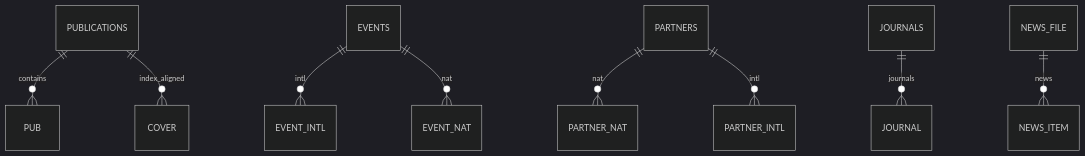
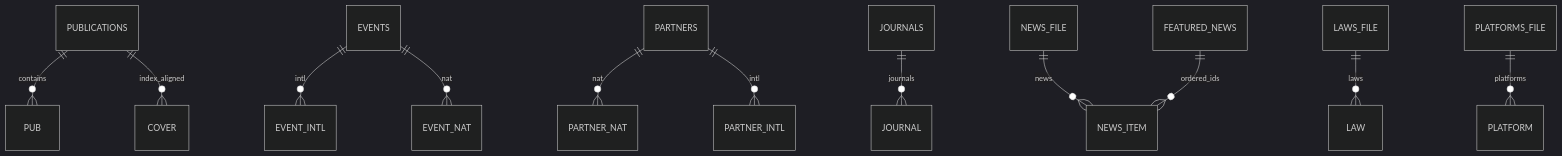
Before and after one commit to hc-medamine/CRSIC-2026: the second of 3 diagrams in README.md, drawn with Mermaid (dark theme). The commit also changed other lines of this file and 16 other files, not shown here.

````diff
--- a/README.md
+++ b/README.md
@@ -218,11 +230,14 @@
 ```mermaid
 erDiagram
   PUBLICATIONS ||--o{ PUB : contains
   PUBLICATIONS ||--o{ COVER : index_aligned
   EVENTS ||--o{ EVENT_INTL : intl
   EVENTS ||--o{ EVENT_NAT : nat
   PARTNERS ||--o{ PARTNER_NAT : nat
   PARTNERS ||--o{ PARTNER_INTL : intl
   JOURNALS ||--o{ JOURNAL : journals
   NEWS_FILE ||--o{ NEWS_ITEM : news
+  FEATURED_NEWS ||--o{ NEWS_ITEM : ordered_ids
+  LAWS_FILE ||--o{ LAW : laws
+  PLATFORMS_FILE ||--o{ PLATFORM : platforms
 ```
````
